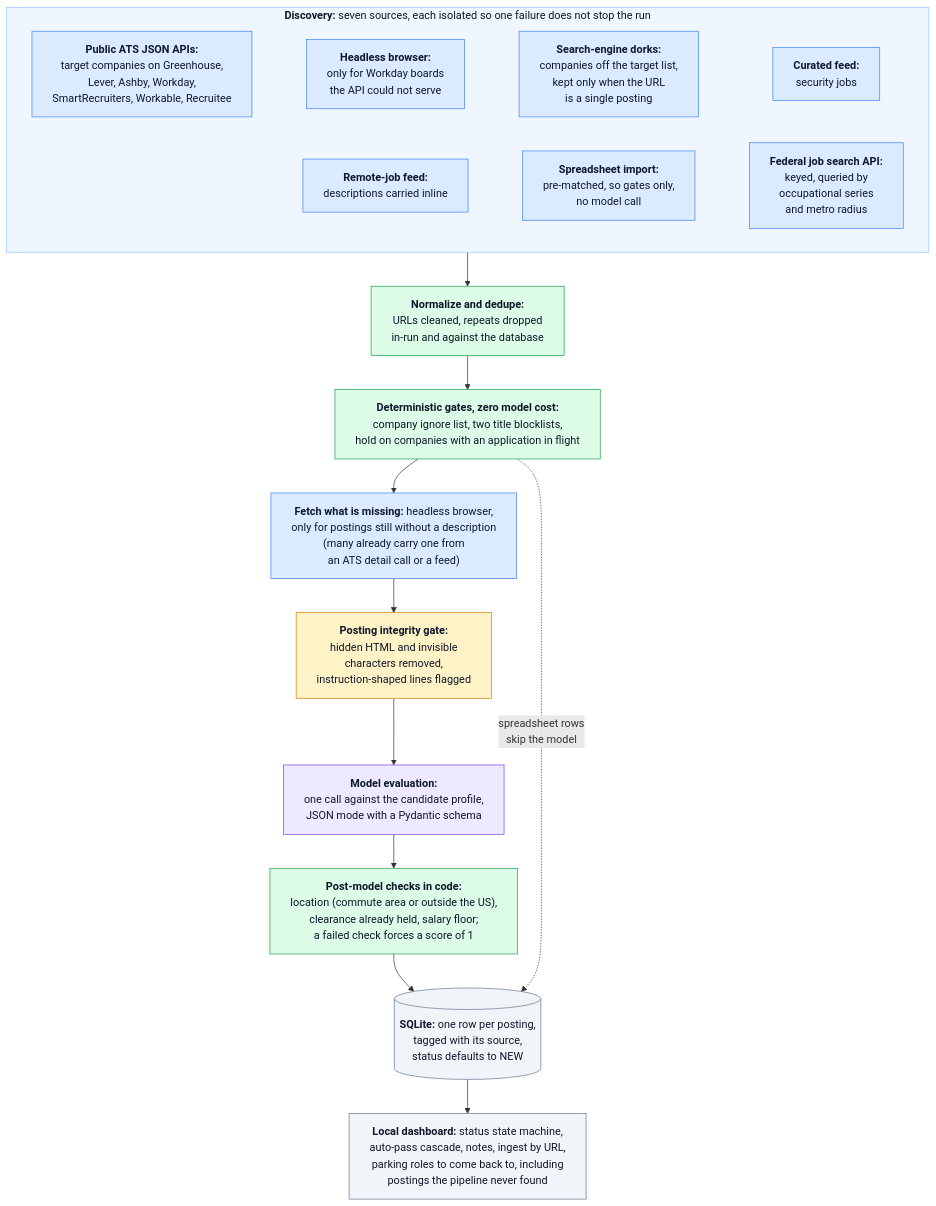
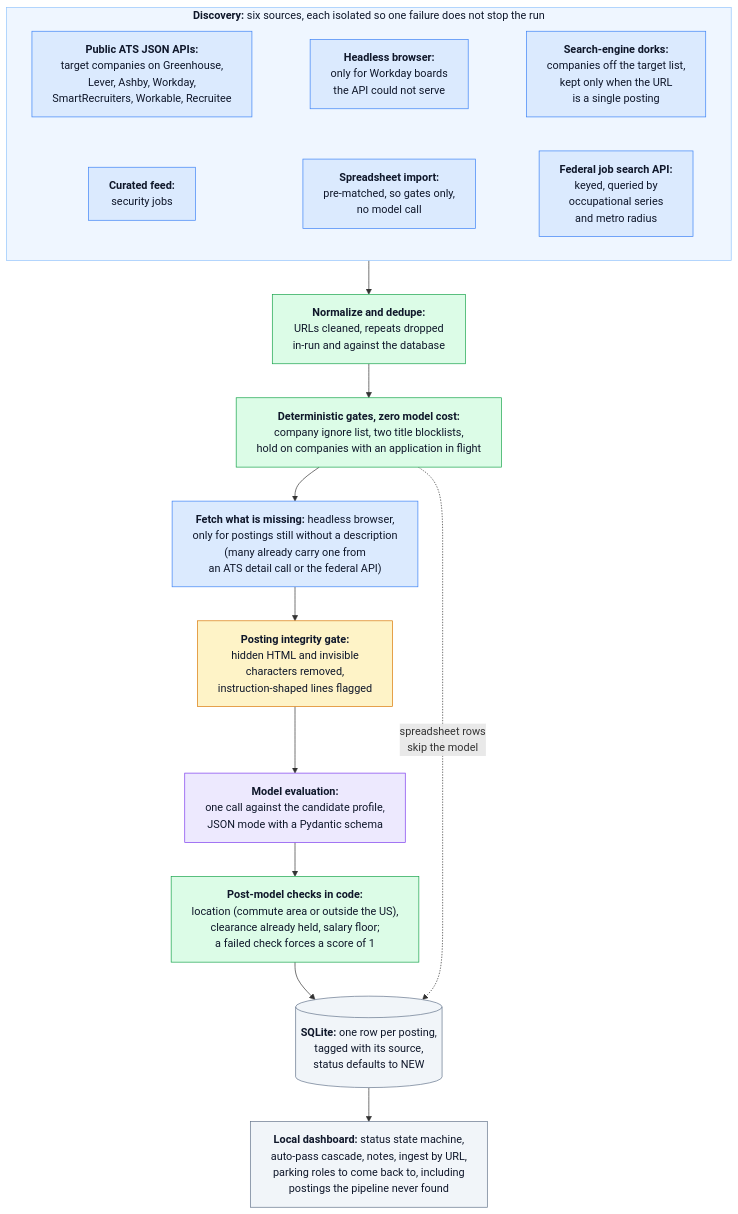
Before and after one commit to nguyenaax/job-meets-resume: the diagram in README.md, drawn with Mermaid. The commit also changed 3 other files, not shown here.

First line of the commit message:
Retire the remote-job feed from the diagram and docs

````diff
--- a/README.md
+++ b/README.md
@@ -19,71 +19,69 @@
 ```mermaid
 %%{init: {"flowchart": {"wrappingWidth": 340}}}%%
 flowchart TD
-  subgraph DISCOVER["<b>Discovery:</b> seven sources, each isolated so one failure does not stop the run"]
+  subgraph DISCOVER["<b>Discovery:</b> six sources, each isolated so one failure does not stop the run"]
     S1["<b>Public ATS JSON APIs:</b>
 target companies on Greenhouse,
 Lever, Ashby, Workday,
 SmartRecruiters, Workable, Recruitee"]
     S2["<b>Headless browser:</b>
 only for Workday boards
 the API could not serve"]
     S3["<b>Search-engine dorks:</b>
 companies off the target list,
 kept only when the URL
 is a single posting"]
     S4["<b>Curated feed:</b>
 security jobs"]
-    S5["<b>Remote-job feed:</b>
-descriptions carried inline"]
     S6["<b>Spreadsheet import:</b>
 pre-matched, so gates only,
 no model call"]
     S7["<b>Federal job search API:</b>
 keyed, queried by
 occupational series
 and metro radius"]
-    S1 ~~~ S2 ~~~ S3 ~~~ S4
-    S5 ~~~ S6 ~~~ S7
+    S1 ~~~ S2 ~~~ S3
+    S4 ~~~ S6 ~~~ S7
   end
   DISCOVER --> N["<b>Normalize and dedupe:</b>
 URLs cleaned, repeats dropped
 in-run and against the database"]
   N --> G0["<b>Deterministic gates, zero model cost:</b>
 company ignore list, two title blocklists,
 hold on companies with an application in flight"]
   G0 --> F["<b>Fetch what is missing:</b> headless browser,
 only for postings still without a description
 (many already carry one from
-an ATS detail call or a feed)"]
+an ATS detail call or the federal API)"]
   F --> PG["<b>Posting integrity gate:</b>
 hidden HTML and invisible
 characters removed,
 instruction-shaped lines flagged"]
   PG --> LLM["<b>Model evaluation:</b>
 one call against the candidate profile,
 JSON mode with a Pydantic schema"]
   LLM --> POST["<b>Post-model checks in code:</b>
 location (commute area or outside the US),
 clearance already held, salary floor;
 a failed check forces a score of 1"]
   POST --> DB[("<b>SQLite:</b> one row per posting,
 tagged with its source,
 status defaults to NEW")]
   G0 -. "spreadsheet rows<br>skip the model" .-> DB
   DB --> UI["<b>Local dashboard:</b> status state machine,
 auto-pass cascade, notes, ingest by URL,
 parking roles to come back to, including
 postings the pipeline never found"]
 
   classDef io fill:#dbeafe,stroke:#3b82f6,color:#0f172a
   classDef det fill:#dcfce7,stroke:#16a34a,color:#0f172a
   classDef guard fill:#fef3c7,stroke:#d97706,color:#0f172a
   classDef model fill:#ede9fe,stroke:#7c3aed,color:#0f172a
   classDef store fill:#f1f5f9,stroke:#64748b,color:#0f172a
-  class S1,S2,S3,S4,S5,S6,S7,F io
+  class S1,S2,S3,S4,S6,S7,F io
   class N,G0,POST det
   class PG guard
   class LLM model
   class DB,UI store
   style DISCOVER fill:#eff6ff,stroke:#93c5fd,color:#0f172a
 ```
````
